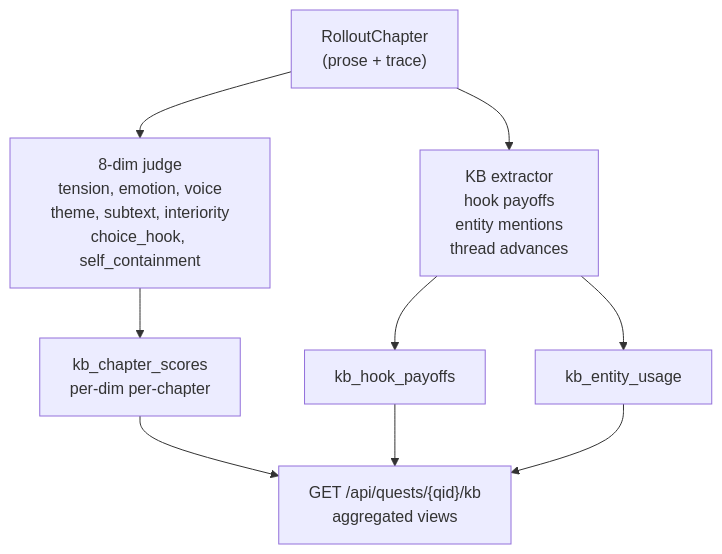
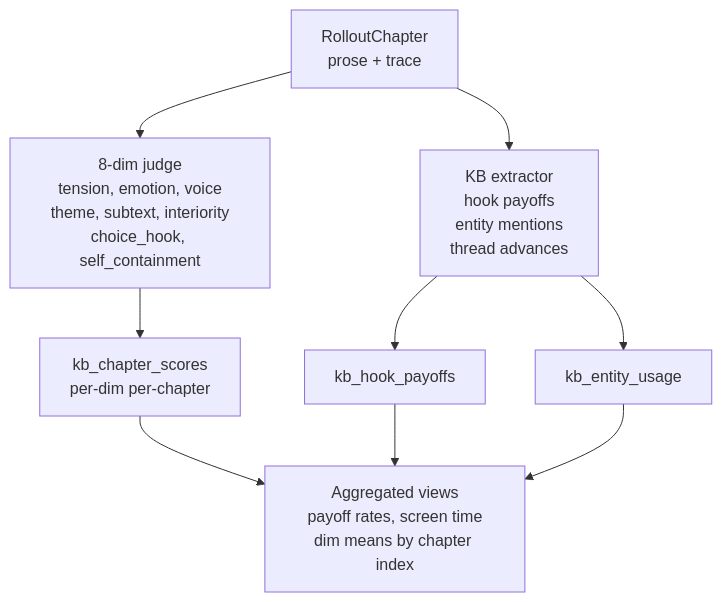
The fourth of 7 diagrams in docs/technical-report-2026-04-15-16.md (RPP1011/quest_game), drawn with Mermaid before and after one commit. The commit also changed other lines of this file, not shown here.

First line of the commit message:
docs: rewrite technical report — strip debugging, focus on architecture

```diff
--- a/docs/technical-report-2026-04-15-16.md
+++ b/docs/technical-report-2026-04-15-16.md
@@ -257,15 +165,15 @@
 <pre class="mermaid" markdown="0">
 flowchart TB
-    CH["RolloutChapter<br/>(prose + trace)"]
-    
+    CH["RolloutChapter<br/>prose + trace"]
+
     CH --> SCORE["8-dim judge<br/>tension, emotion, voice<br/>theme, subtext, interiority<br/>choice_hook, self_containment"]
     CH --> KB["KB extractor<br/>hook payoffs<br/>entity mentions<br/>thread advances"]
-    
+
     SCORE --> KBS["kb_chapter_scores<br/>per-dim per-chapter"]
     KB --> KBH["kb_hook_payoffs"]
     KB --> KBE["kb_entity_usage"]
-    
-    KBS --> AGG["GET /api/quests/{qid}/kb<br/>aggregated views"]
+
+    KBS --> AGG["Aggregated views<br/>payoff rates, screen time<br/>dim means by chapter index"]
     KBH --> AGG
     KBE --> AGG
 </pre>
```
